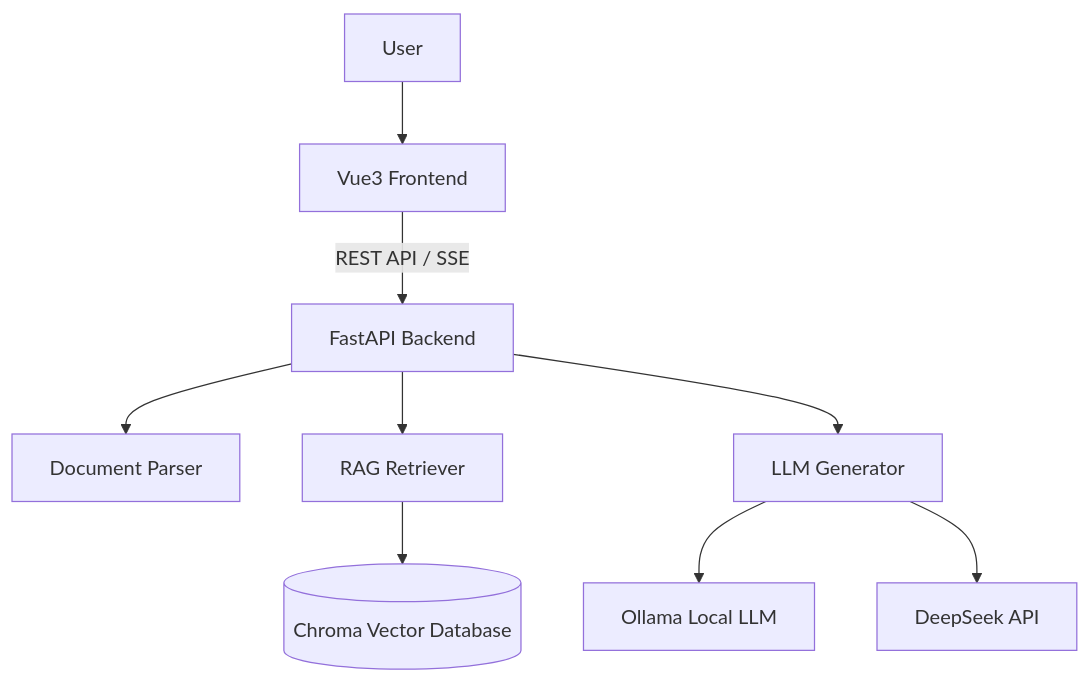
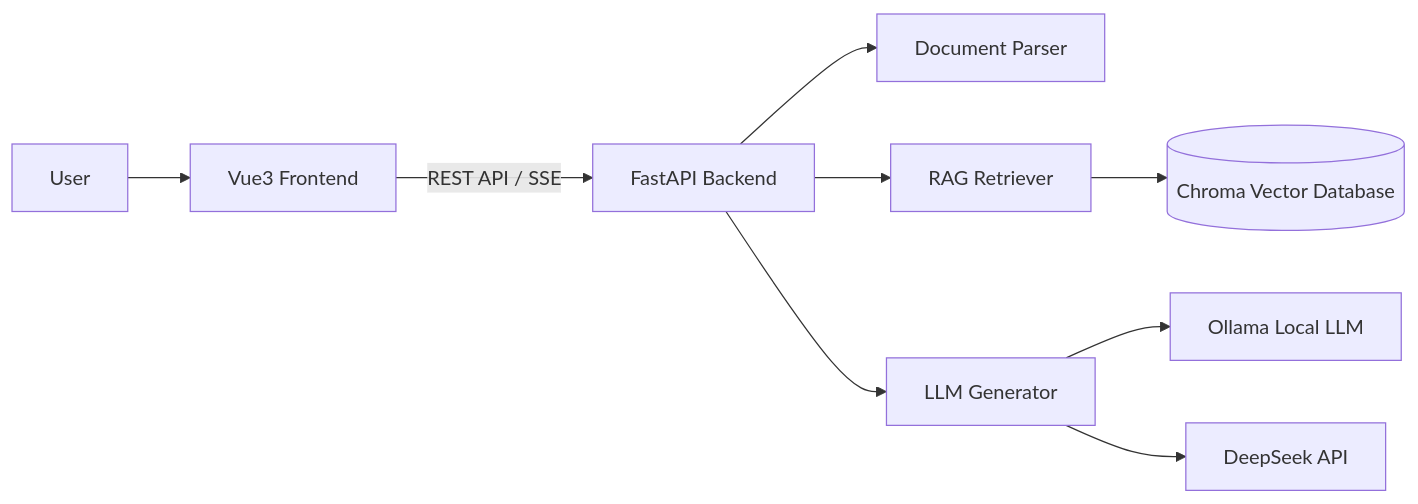
The diagram in README.md (ya1u737/CacheFlow408), drawn with Mermaid before and after one commit. The commit also changed other lines of this file and 2 other files, not shown here.

````diff
--- a/README.md
+++ b/README.md
@@ -47,21 +263,22 @@
 ```mermaid
-flowchart TD
+flowchart LR
 
 A[User]
 
 A --> B[Vue3 Frontend]
 
 B -->|REST API / SSE| C[FastAPI Backend]
 
 C --> D[Document Parser]
 
 C --> E[RAG Retriever]
 
 C --> F[LLM Generator]
 
 E --> G[(Chroma Vector Database)]
 
 F --> H[Ollama Local LLM]
 
 F --> I[DeepSeek API]
+
 ```
````
